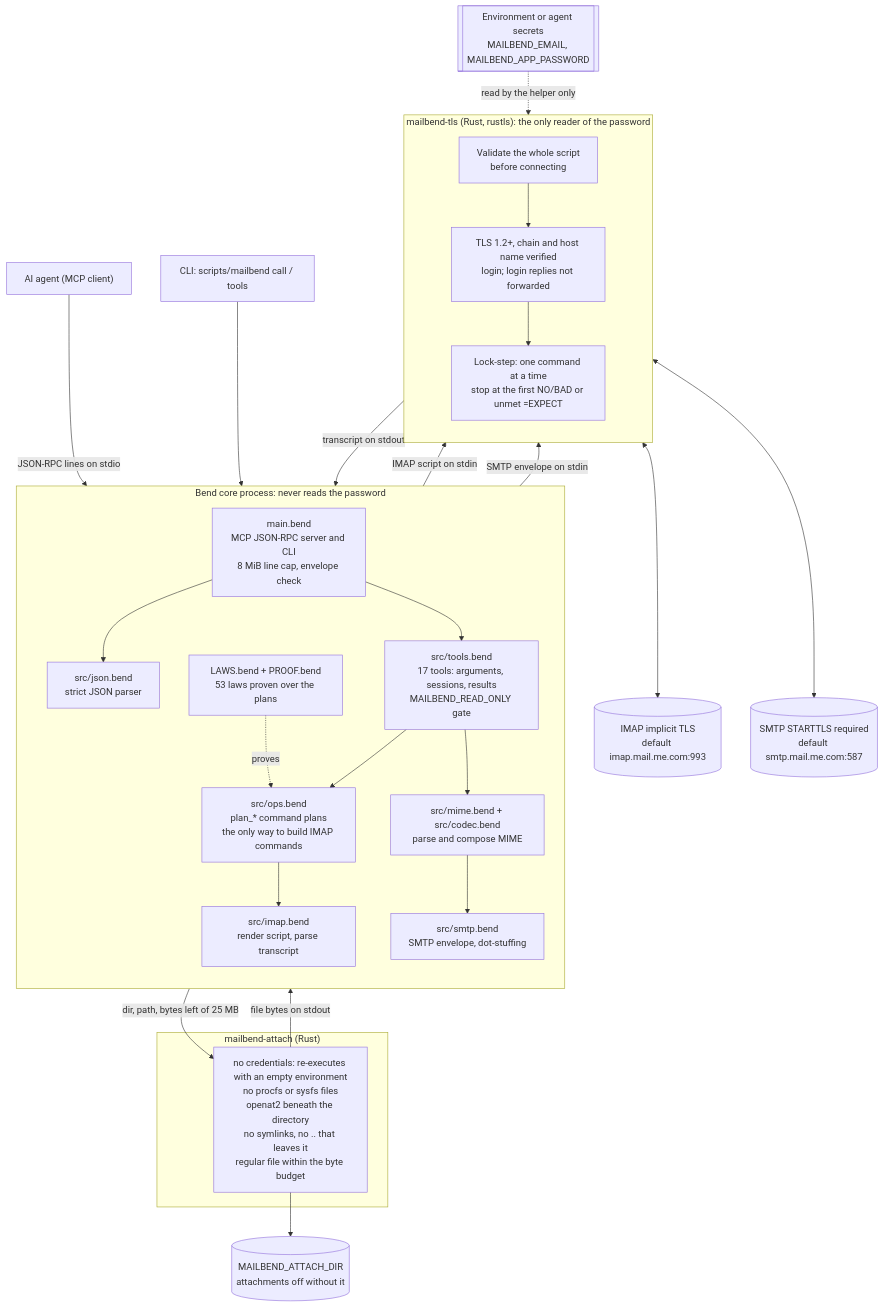
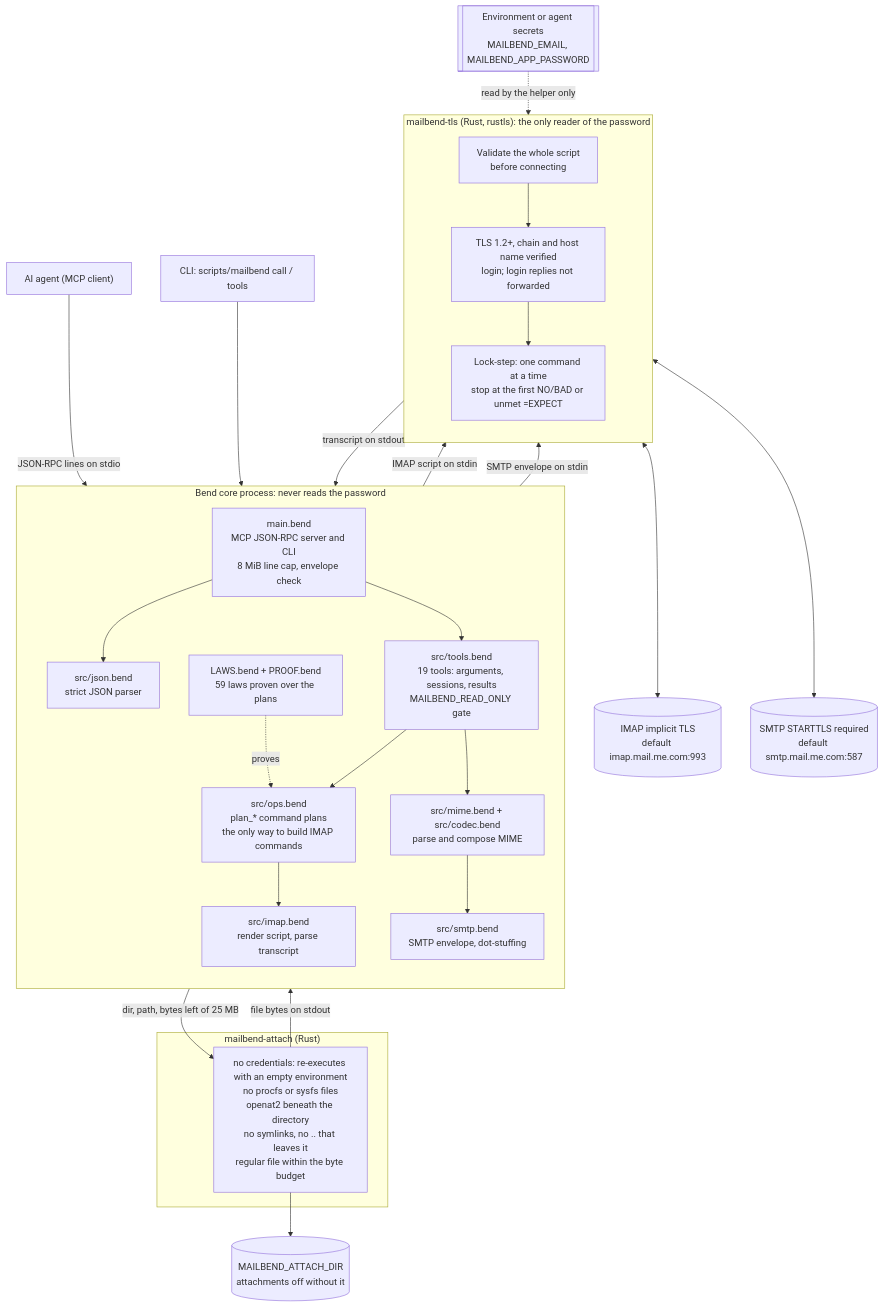
One commit to albertc71/MailBend changed the first of 3 diagrams in docs/ARCHITECTURE.md. Above: the diagram before and after it, drawn with Mermaid. The commit also changed other lines of this file and 12 other files, not shown here.

````diff
--- a/docs/ARCHITECTURE.md
+++ b/docs/ARCHITECTURE.md
@@ -27,54 +27,54 @@
 ```mermaid
 flowchart TB
   agent["AI agent (MCP client)"]
   cli["CLI: scripts/mailbend call / tools"]
   env[["Environment or agent secrets<br/>MAILBEND_EMAIL, MAILBEND_APP_PASSWORD"]]
 
   subgraph core["Bend core process: never reads the password"]
     direction TB
     main["main.bend<br/>MCP JSON-RPC server and CLI<br/>8 MiB line cap, envelope check"]
     json["src/json.bend<br/>strict JSON parser"]
-    tools["src/tools.bend<br/>17 tools: arguments, sessions, results<br/>MAILBEND_READ_ONLY gate"]
+    tools["src/tools.bend<br/>19 tools: arguments, sessions, results<br/>MAILBEND_READ_ONLY gate"]
     ops["src/ops.bend<br/>plan_* command plans<br/>the only way to build IMAP commands"]
-    laws["LAWS.bend + PROOF.bend<br/>53 laws proven over the plans"]
+    laws["LAWS.bend + PROOF.bend<br/>59 laws proven over the plans"]
     imap["src/imap.bend<br/>render script, parse transcript"]
     mime["src/mime.bend + src/codec.bend<br/>parse and compose MIME"]
     smtp["src/smtp.bend<br/>SMTP envelope, dot-stuffing"]
   end
 
   subgraph helper["mailbend-tls (Rust, rustls): the only reader of the password"]
     direction TB
     validate["Validate the whole script<br/>before connecting"]
     tls["TLS 1.2+, chain and host name verified<br/>login; login replies not forwarded"]
     lock["Lock-step: one command at a time<br/>stop at the first NO/BAD or unmet =EXPECT"]
   end
 
   subgraph reader["mailbend-attach (Rust)"]
     attach["no credentials: re-executes with an empty environment<br/>no procfs or sysfs files<br/>openat2 beneath the directory<br/>no symlinks, no .. that leaves it<br/>regular file within the byte budget"]
   end
 
   imapsrv[("IMAP implicit TLS<br/>default imap.mail.me.com:993")]
   smtpsrv[("SMTP STARTTLS required<br/>default smtp.mail.me.com:587")]
   files[("MAILBEND_ATTACH_DIR<br/>attachments off without it")]
 
   agent -- "JSON-RPC lines on stdio" --> main
   cli --> main
   main --> json
   main --> tools
   tools --> ops
   laws -. "proves" .-> ops
   ops --> imap
   tools --> mime
   mime --> smtp
   imap -- "IMAP script on stdin" --> validate
   smtp -- "SMTP envelope on stdin" --> validate
   validate --> tls
   tls --> lock
   lock <--> imapsrv
   lock <--> smtpsrv
   lock -- "transcript on stdout" --> imap
   tools -- "dir, path, bytes left of 25 MB" --> attach
   attach --> files
   attach -- "file bytes on stdout" --> tools
   env -. "read by the helper only" .-> tls
 ```
````
